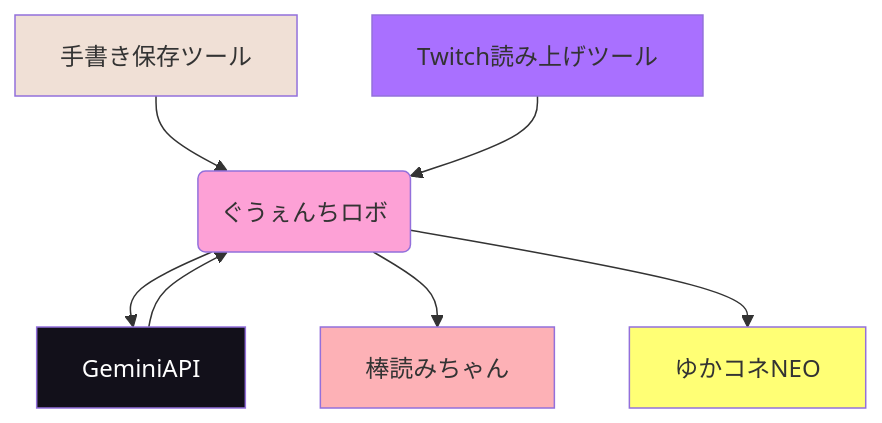
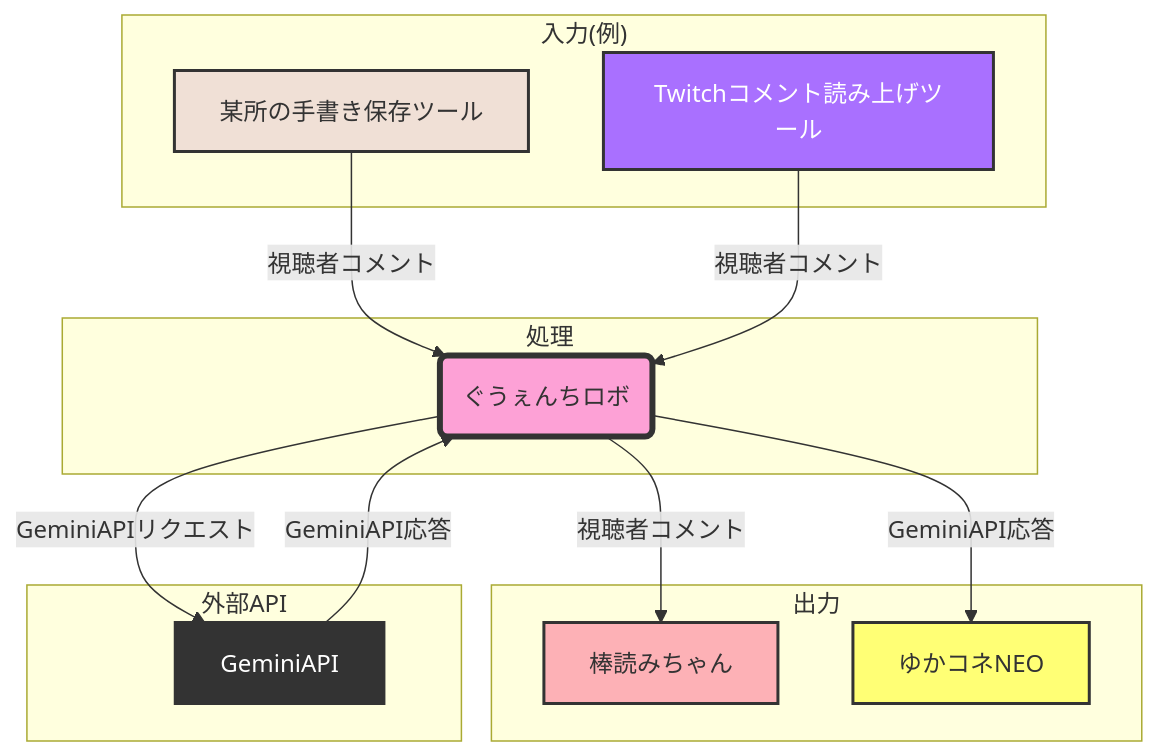
The diagram in README.md (gwen-chang/gwench-robo), drawn with Mermaid before and after one commit. The commit also changed other lines of this file, not shown here.

Commit message:
READMEちょっと細かく

````diff
--- a/README.md
+++ b/README.md
@@ -6,16 +4,33 @@
 ```mermaid
 graph TD
-    A[手書き保存ツール]:::handwriting --> B(ぐうぇんちロボ):::guwenchi
-    C[Twitch読み上げツール]:::twitch --> B
-    B --> D[GeminiAPI]:::gemini
-    D --> B
-    B --> E[棒読みちゃん]:::bouyomi
-    B --> F[ゆかコネNEO]:::yukakone
+    subgraph "入力(例)"
+        A[某所の手書き保存ツール]:::handwriting
+        C[Twitchコメント読み上げツール]:::twitch
+    end
+    subgraph 処理
+        B(ぐうぇんちロボ):::guwenchi
+    end
+    subgraph 出力
+        E[棒読みちゃん]:::bouyomi
+        F[ゆかコネNEO]:::yukakone
+    end
+    subgraph 外部API
+        D[GeminiAPI]:::gemini
+    end
 
-    classDef handwriting fill:#F0E0D6
-    classDef twitch fill:#A970FF
-    classDef guwenchi fill:#FDA1D6
-    classDef gemini fill:#12101A,color:white
-    classDef bouyomi fill:#FDB1B6
-    classDef yukakone fill:#FFFF75
+    A -->|視聴者コメント| B
+    C -->|視聴者コメント| B
+    B -->|GeminiAPIリクエスト| D
+    D -->|GeminiAPI応答| B
+    B -->|視聴者コメント| E
+    B -->|GeminiAPI応答| F
+
+    classDef handwriting fill:#F0E0D6,color:#333,stroke:#333,stroke-width:2px
+    classDef twitch fill:#A970FF,color:white,stroke:#333,stroke-width:2px
+    classDef guwenchi fill:#FDA1D6,color:#333,stroke:#333,stroke-width:4px
+    classDef gemini fill:#333,color:white,stroke:#333,stroke-width:2px
+    classDef bouyomi fill:#FDB1B6,color:#333,stroke:#333,stroke-width:2px
+    classDef yukakone fill:#FFFF75,color:#333,stroke:#333,stroke-width:2px
+
+
 ```
````
